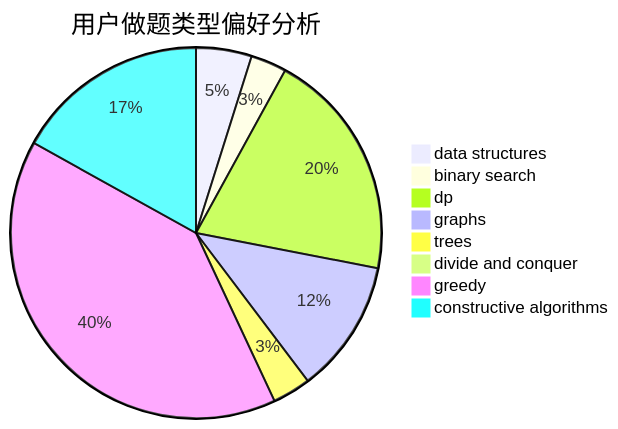
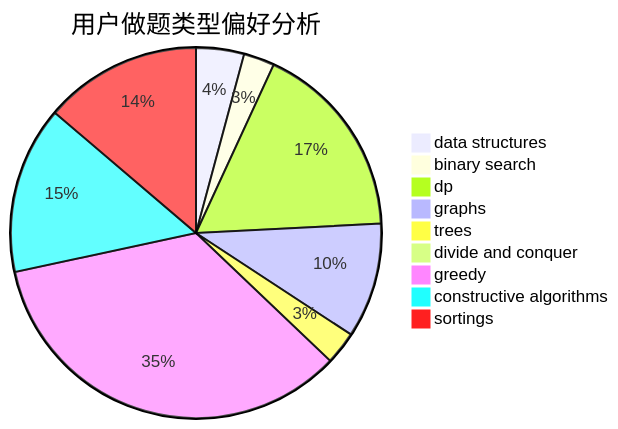
The second of 3 diagrams in docs/user/u695.md (sherpahu/cfrs.github.io), drawn with Mermaid before and after one commit. The commit also changed other lines of this file and 2769 other files, not shown here.

````diff
--- a/docs/user/u695.md
+++ b/docs/user/u695.md
@@ -23,11 +18,12 @@
 ```mermaid
 pie title 用户做题类型偏好分析
     "data structures" :  45
     "binary search" :  29
     "dp" :  186
     "graphs" :  108
     "trees" :  31
     "divide and conquer" :  0
     "greedy" :  371
     "constructive algorithms" :  157
+    "sortings" :  148
 ```
````
